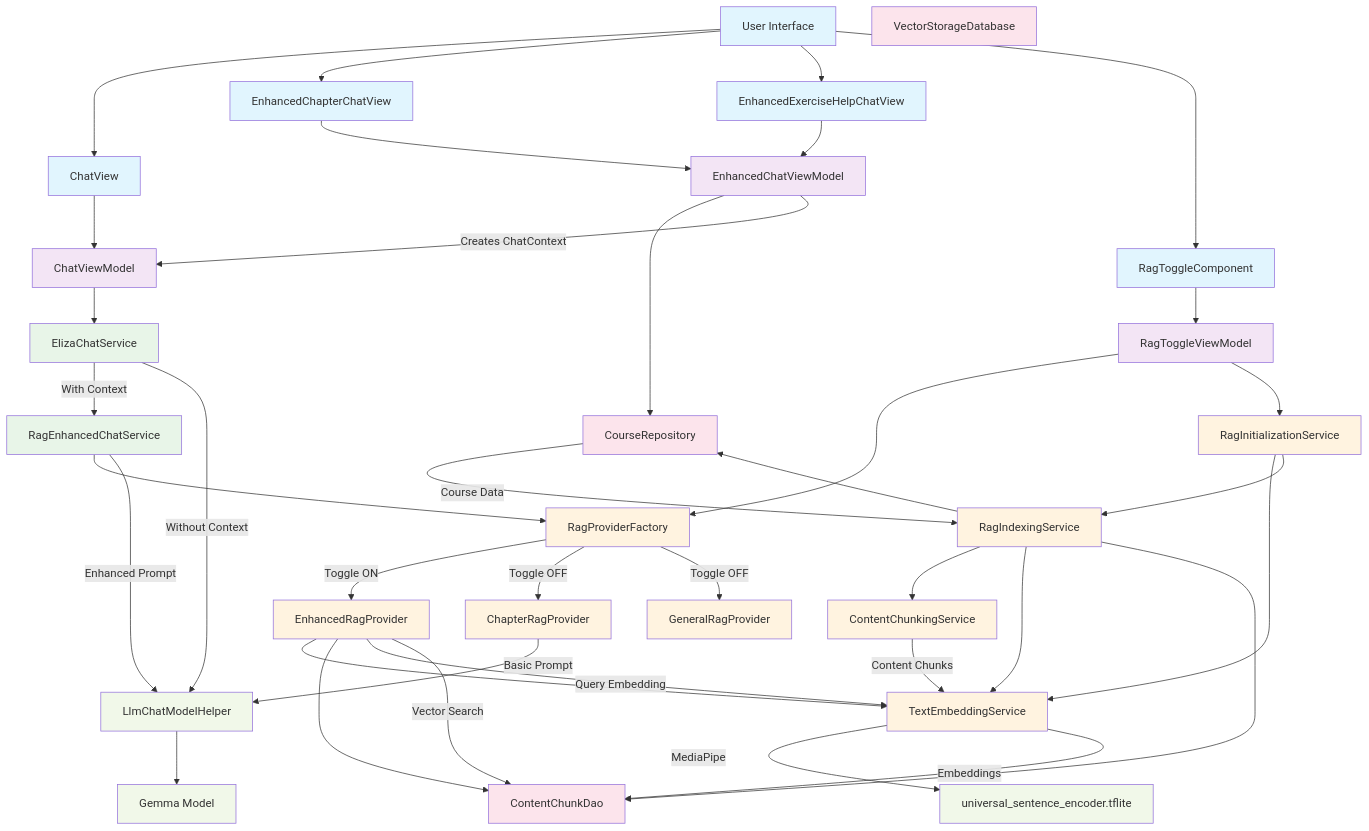
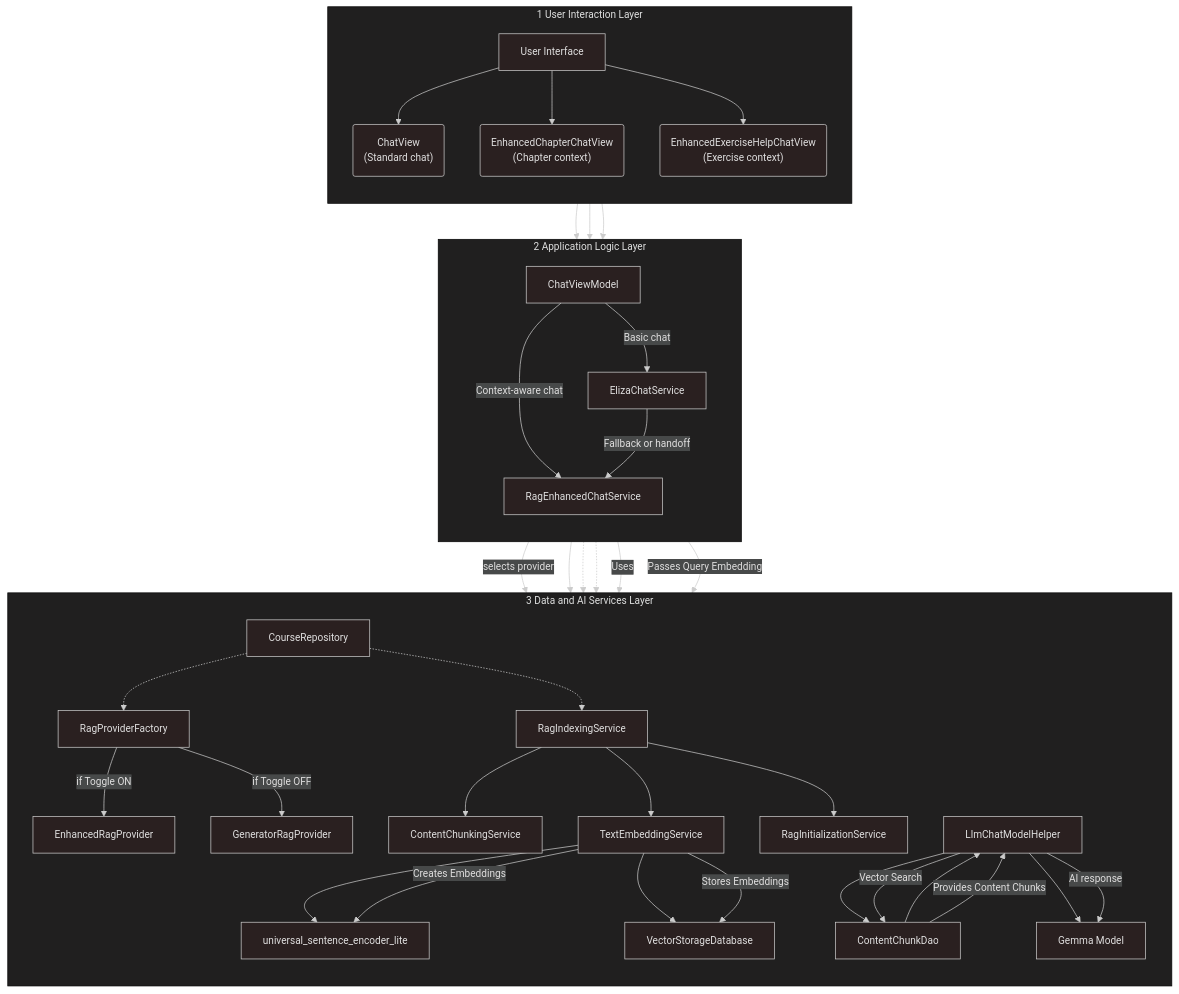
One commit to ErsjanKeri/Eliza changed the diagram in inference.md. Above: the diagram before and after it, drawn with Mermaid.

````diff
--- a/inference.md
+++ b/inference.md
@@ -616,114 +616,65 @@
 ```mermaid
-graph TB
-    %% User Interface Layer
-    UI[User Interface]
-    CV[ChatView]
-    ECV[EnhancedChapterChatView]
-    EEV[EnhancedExerciseHelpChatView]
-    RTC[RagToggleComponent]
-    
-    %% ViewModel Layer
-    CVM[ChatViewModel]
-    EVM[EnhancedChatViewModel]
-    RTV[RagToggleViewModel]
-    
-    %% Service Layer
-    ECS[ElizaChatService]
-    RECS[RagEnhancedChatService]
-    
-    %% RAG System
-    RPF[RagProviderFactory]
-    ERP[EnhancedRagProvider]
-    CRP[ChapterRagProvider]
-    GRP[GeneralRagProvider]
-    
-    %% Content & Embedding
-    TES[TextEmbeddingService]
-    RIS[RagIndexingService]
-    CCS[ContentChunkingService]
-    
-    %% Data Layer
-    CR[CourseRepository]
-    VSD[VectorStorageDatabase]
-    CCD[ContentChunkDao]
-    
-    %% Model Layer
-    LCMH[LlmChatModelHelper]
-    GM[Gemma Model]
-    
-    %% Initialization
-    RInit[RagInitializationService]
-    
-    %% User Flow
-    UI --> CV
-    UI --> ECV
-    UI --> EEV
-    UI --> RTC
-    
-    %% ViewModel Connections
+---
+config:
+  theme: neo-dark
+  layout: dagre
+---
+flowchart TD
+ subgraph subGraph0["1 User Interaction Layer"]
+    direction TB
+        UI["User Interface"]
+        CV("ChatView<br>(Standard chat)")
+        ECV("EnhancedChapterChatView<br>(Chapter context)")
+        EEV("EnhancedExerciseHelpChatView<br>(Exercise context)")
+  end
+ subgraph subGraph1["2 Application Logic Layer"]
+    direction TB
+        CVM["ChatViewModel"]
+        ECS["ElizaChatService"]
+        RECS["RagEnhancedChatService"]
+  end
+ subgraph subGraph2["3 Data and AI Services Layer"]
+    direction TB
+        RPF["RagProviderFactory"]
+        ERP["EnhancedRagProvider"]
+        GRP["GeneratorRagProvider"]
+        LLMCH["LlmChatModelHelper"]
+        RIS["RagIndexingService"]
+        CCR["CourseRepository"]
+        CCH["ContentChunkingService"]
+        TES["TextEmbeddingService"]
+        USEL["universal_sentence_encoder_lite"]
+        VSD["VectorStorageDatabase"]
+        CCD["ContentChunkDao"]
+        GM["Gemma Model"]
+        RINIT["RagInitializationService"]
+  end
+    RECS -- selects provider --> RPF
+    RPF -- if Toggle ON --> ERP
+    RPF -- if Toggle OFF --> GRP
+    RECS --> LLMCH
+    RECS -.-> RIS & CCR
+    RIS --> CCH & TES & RINIT
+    TES --> USEL & VSD
+    LLMCH --> CCD & GM
+    CCD --> LLMCH
+    UI --> CV & ECV & EEV
     CV --> CVM
-    ECV --> EVM
-    EEV --> EVM
-    RTC --> RTV
-    
-    %% Data Loading
-    EVM --> CR
-    EVM --> |Creates ChatContext| CVM
-    
-    %% Service Chain
-    CVM --> ECS
-    ECS --> |With Context| RECS
-    ECS --> |Without Context| LCMH
-    
-    %% RAG Processing
-    RECS --> RPF
-    RPF --> |Toggle ON| ERP
-    RPF --> |Toggle OFF| CRP
-    RPF --> |Toggle OFF| GRP
-    
-    %% RAG Toggle Management
-    RTV --> RPF
-    RTV --> RInit
-    
-    %% Content Enhancement
-    ERP --> TES
-    ERP --> CCD
-    ERP --> |Query Embedding| TES
-    ERP --> |Vector Search| CCD
-    
-    %% Content Processing
-    TES --> |MediaPipe| MP[universal_sentence_encoder.tflite]
-    
-    %% Model Inference
-    RECS --> |Enhanced Prompt| LCMH
-    CRP --> |Basic Prompt| LCMH
-    LCMH --> GM
-    
-    %% Initialization Flow
-    RInit --> TES
-    RInit --> RIS
-    RIS --> CCS
-    RIS --> TES
-    RIS --> CCD
-    RIS --> CR
-    
-    %% Data Flow
-    CR --> |Course Data| RIS
-    CCS --> |Content Chunks| TES
-    TES --> |Embeddings| CCD
-    
-    %% Styling
-    classDef ui fill:#e1f5fe
-    classDef viewmodel fill:#f3e5f5
-    classDef service fill:#e8f5e8
-    classDef rag fill:#fff3e0
-    classDef data fill:#fce4ec
-    classDef model fill:#f1f8e9
-    
-    class UI,CV,ECV,EEV,RTC ui
-    class CVM,EVM,RTV viewmodel
-    class ECS,RECS service
-    class RPF,ERP,CRP,GRP,TES,RIS,CCS,RInit rag
-    class CR,VSD,CCD data
-    class LCMH,GM,MP model
+    ECV --> CVM
+    EEV --> CVM
+    CVM -- Basic chat --> ECS
+    CVM -- "Context-aware chat" --> RECS
+    ECS -- Fallback or handoff --> RECS
+    RECS -- Uses --> CCR
+    RECS -- Passes Query Embedding --> LLMCH
+    LLMCH -- Vector Search --> CCD
+    CCD -- Provides Content Chunks --> LLMCH
+    LLMCH -- AI response --> GM
+    TES -- Creates Embeddings --> USEL
+    TES -- Stores Embeddings --> VSD
+    CCR -.-> RPF & RIS
+    classDef userLayer fill:#e8f5e9,stroke:#388e3c,stroke-width:2px
+    classDef logicLayer fill:#e3f2fd,stroke:#1976d2,stroke-width:2px
+    classDef dataLayer fill:#fff8e1,stroke:#ffb300,stroke-width:2px
+    classDef storageLayer fill:#fce4ec,stroke:#c2185b,stroke-width:2px
 ```
````
